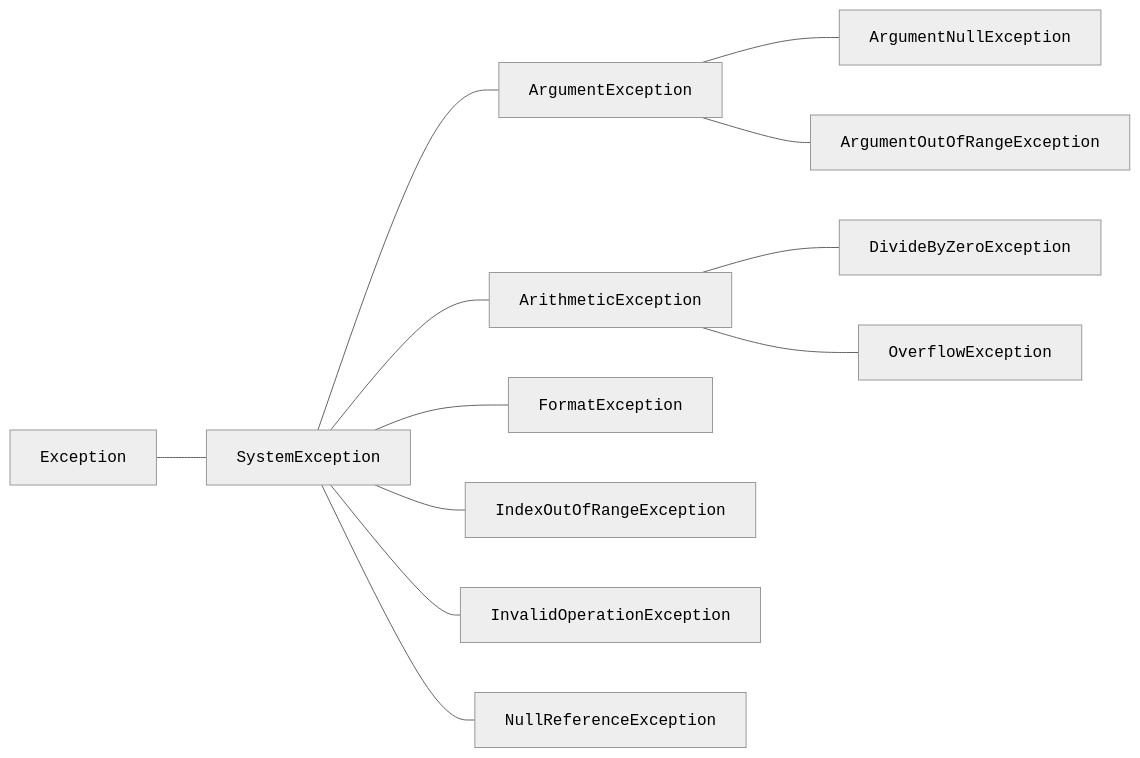
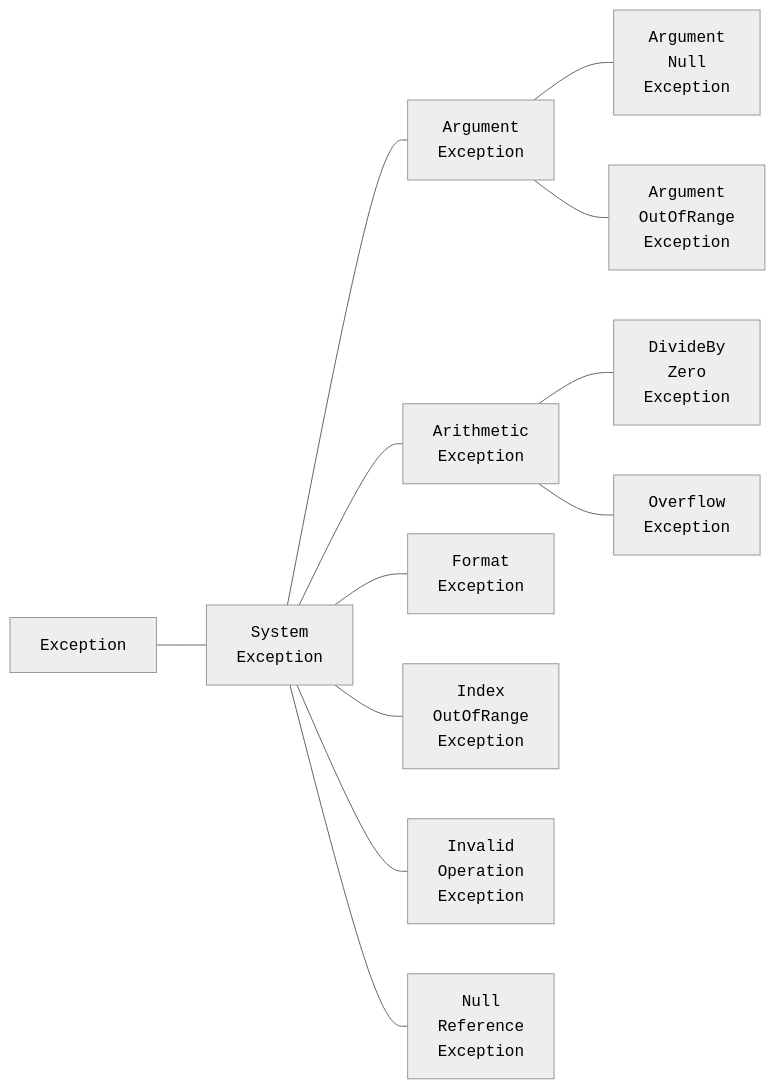
One commit to musicvano/Blog changed the first of 2 diagrams in src/courses/csharp/06-debugging-exceptions/assert-exceptions.md. Above: the diagram before and after it, drawn with Mermaid (neutral theme). The commit also changed other lines of this file and 583 other files, not shown here.

````diff
--- a/src/courses/csharp/06-debugging-exceptions/assert-exceptions.md
+++ b/src/courses/csharp/06-debugging-exceptions/assert-exceptions.md
@@ -47,14 +47,14 @@
 ```mermaid
 flowchart LR
-  E["<code>Exception</code>"] --- SE["<code>SystemException</code>"]
-  SE --- AE["<code>ArgumentException</code>"]
-  AE --- ANE["<code>ArgumentNullException</code>"]
-  AE --- AOR["<code>ArgumentOutOfRangeException</code>"]
-  SE --- ARE["<code>ArithmeticException</code>"]
-  ARE --- DBZ["<code>DivideByZeroException</code>"]
-  ARE --- OVF["<code>OverflowException</code>"]
-  SE --- FE["<code>FormatException</code>"]
-  SE --- IOR["<code>IndexOutOfRangeException</code>"]
-  SE --- IOE["<code>InvalidOperationException</code>"]
-  SE --- NRE["<code>NullReferenceException</code>"]
+  E["<code>Exception</code>"] --- SE["<code>System</code><br><code>Exception</code>"]
+  SE --- AE["<code>Argument</code><br><code>Exception</code>"]
+  AE --- ANE["<code>Argument</code><br><code>Null</code><br><code>Exception</code>"]
+  AE --- AOR["<code>Argument</code><br><code>OutOfRange</code><br><code>Exception</code>"]
+  SE --- ARE["<code>Arithmetic</code><br><code>Exception</code>"]
+  ARE --- DBZ["<code>DivideBy</code><br><code>Zero</code><br><code>Exception</code>"]
+  ARE --- OVF["<code>Overflow</code><br><code>Exception</code>"]
+  SE --- FE["<code>Format</code><br><code>Exception</code>"]
+  SE --- IOR["<code>Index</code><br><code>OutOfRange</code><br><code>Exception</code>"]
+  SE --- IOE["<code>Invalid</code><br><code>Operation</code><br><code>Exception</code>"]
+  SE --- NRE["<code>Null</code><br><code>Reference</code><br><code>Exception</code>"]
 ```
````
